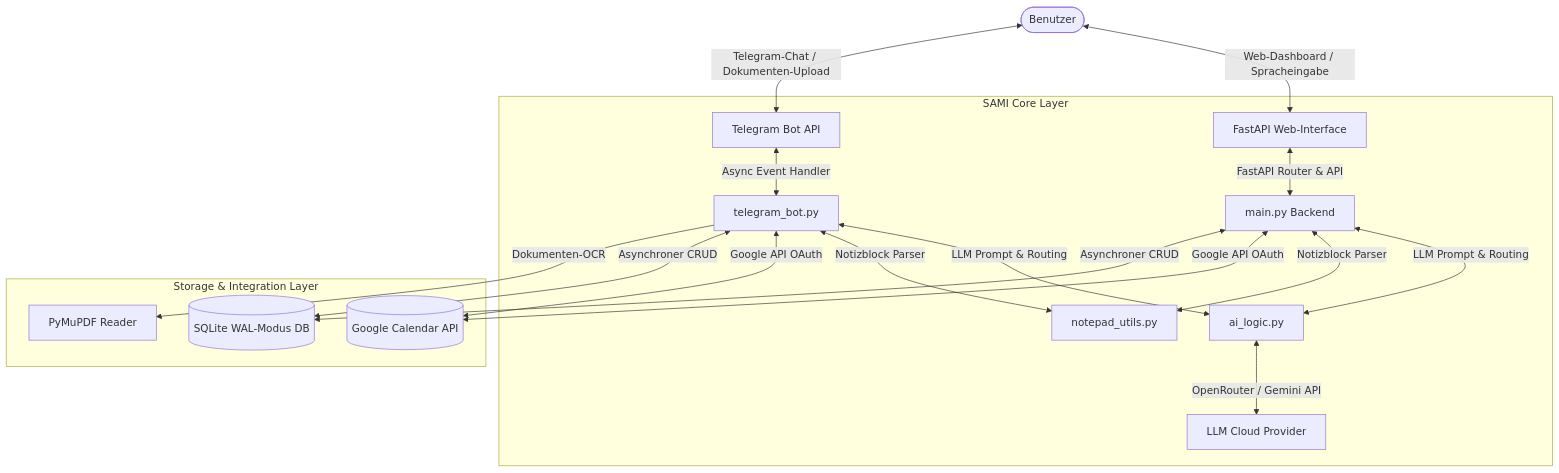
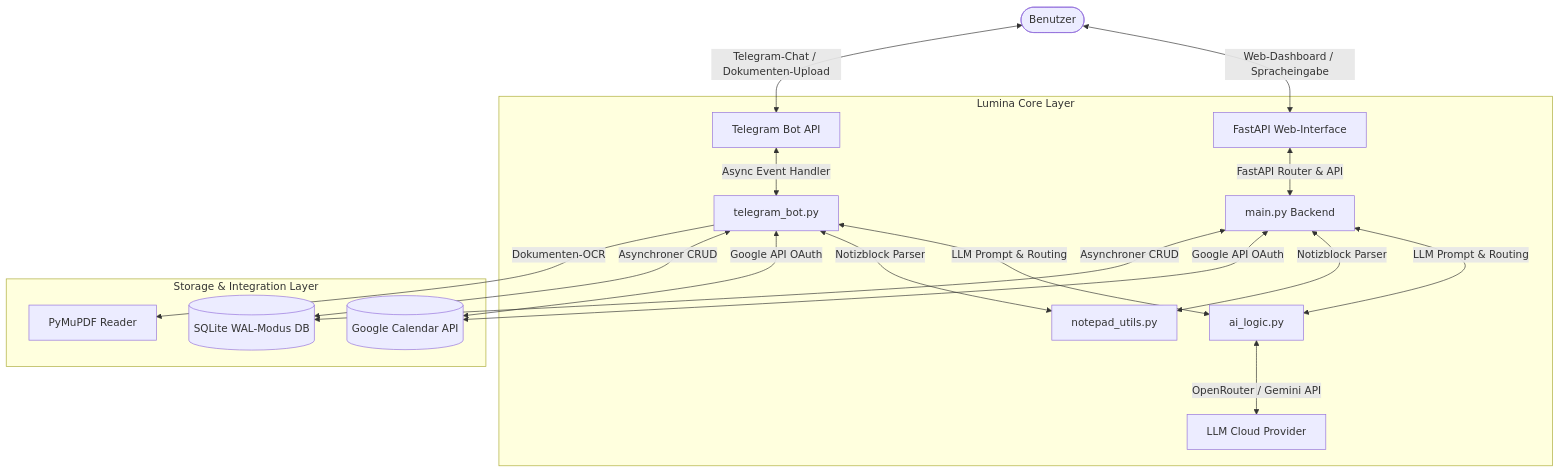
The diagram in readme.md (Nissuoh/GenAI-API-Assistent-ChatBot), drawn with Mermaid before and after one commit. The commit also changed other lines of this file, not shown here.

Commit message:
Rename SAMI to Lumina in README

````diff
--- a/readme.md
+++ b/readme.md
@@ -35,28 +35,28 @@
 ```mermaid
 graph TD
     User([Benutzer]) <-->|Web-Dashboard / Spracheingabe| Web[FastAPI Web-Interface]
     User <-->|Telegram-Chat / Dokumenten-Upload| TG[Telegram Bot API]
     
-    subgraph SAMI Core Layer
+    subgraph Lumina Core Layer
         Web <-->|FastAPI Router & API| Main[main.py Backend]
         TG <-->|Async Event Handler| Bot[telegram_bot.py]
         
         Main <-->|LLM Prompt & Routing| AI[ai_logic.py]
         Bot <-->|LLM Prompt & Routing| AI
         
         AI <-->|OpenRouter / Gemini API| LLM[LLM Cloud Provider]
         
         Main <-->|Notizblock Parser| Notes[notepad_utils.py]
         Bot <-->|Notizblock Parser| Notes
     end
     
     subgraph Storage & Integration Layer
         Main <-->|Google API OAuth| GCal[(Google Calendar API)]
         Bot <-->|Google API OAuth| GCal
         
         Main <-->|Asynchroner CRUD| DB[(SQLite WAL-Modus DB)]
         Bot <-->|Asynchroner CRUD| DB
         
         Bot -->|Dokumenten-OCR| PDF[PyMuPDF Reader]
     end
 ```
````
